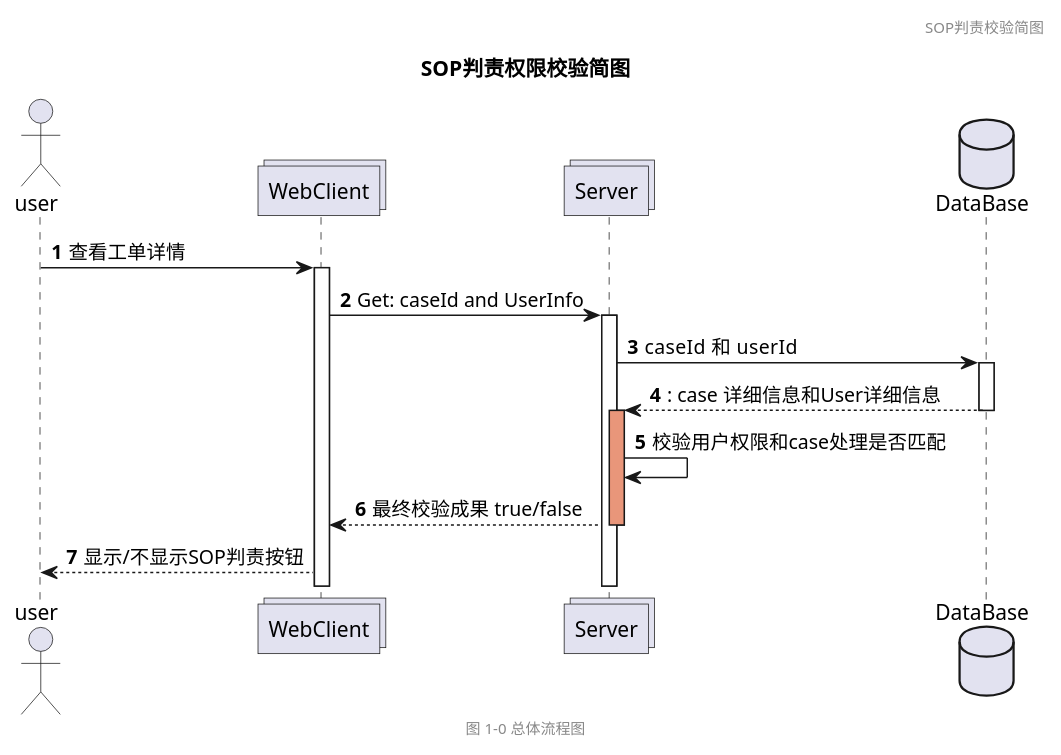
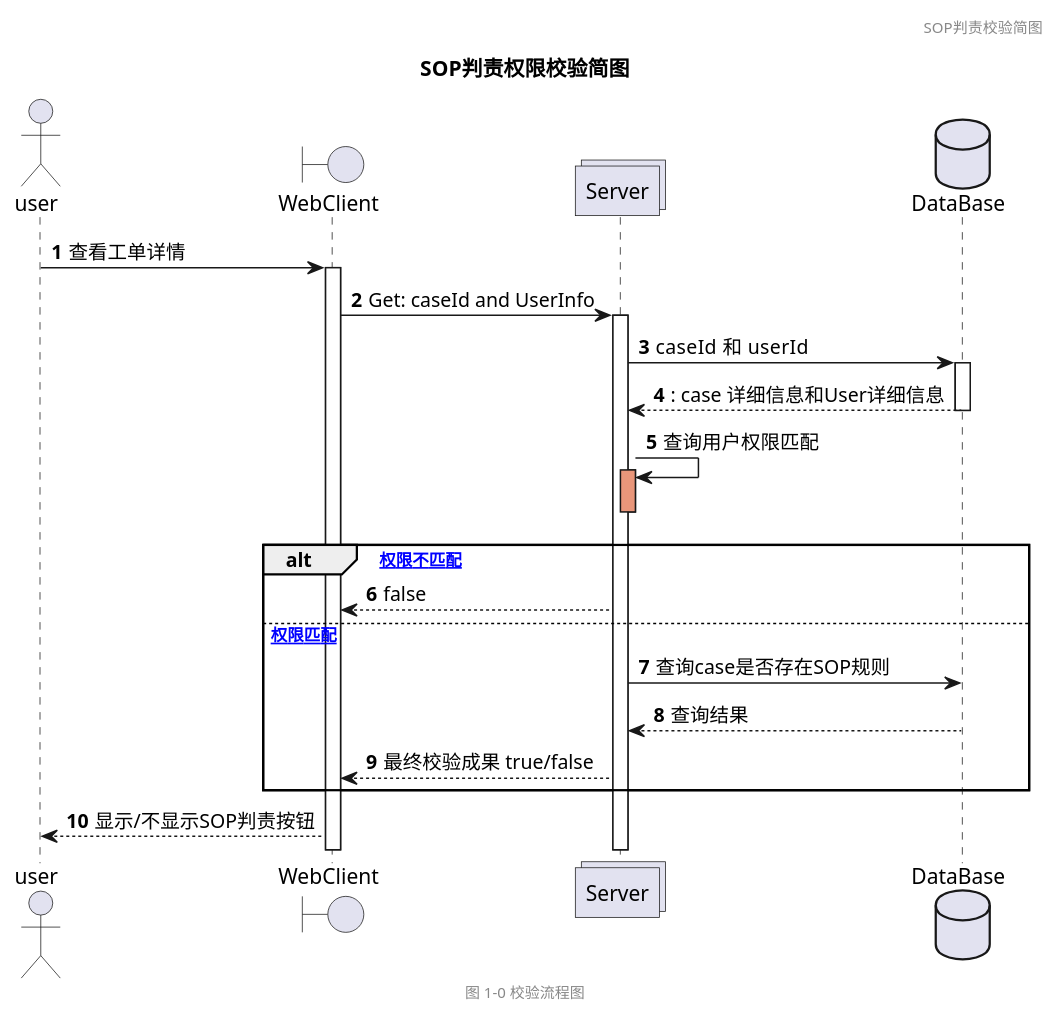
One commit to xian2207/xian2207.github.io changed the second of 5 diagrams in _posts/2020-06-14_yuque_note.md. Above: the diagram before and after it, drawn with PlantUML. The commit also changed other lines of this file and 9 other files, not shown here.

````diff
--- a/_posts/2020-06-14_yuque_note.md
+++ b/_posts/2020-06-14_yuque_note.md
@@ -126,31 +128,36 @@
 ```plantuml
 
 @startuml
 header SOP判责校验简图
 
 title SOP判责权限校验简图
 actor user
-collections  WebClient
-collections  Server
-database DataBase
+boundary  WebClient
+collections "Server" as Server
+database  "DataBase" as DataBase
 autonumber 1
 user -> WebClient : 查看工单详情
 activate WebClient  
 WebClient -> Server : Get: caseId and UserInfo 
 activate Server
 
 Server -> DataBase : caseId 和  userId
 activate DataBase
 return : case 详细信息和User详细信息
 
+
+Server -> Server : 查询用户权限匹配
 activate Server #DarkSalmon
-Server -> Server : 校验用户权限和case处理是否匹配
-
-
+deactivate Server
+alt [权限不匹配]
+Server --> WebClient : false 
+else [权限匹配]
+Server -> DataBase : 查询case是否存在SOP规则
+DataBase --> Server : 查询结果
 Server --> WebClient : 最终校验成果 true/false
-deactivate Server
+end alt 
 WebClient  --> user : 显示/不显示SOP判责按钮
 
-footer 图 1-0 总体流程图
+footer 图 1-0 校验流程图
 @enduml
 ```
````
